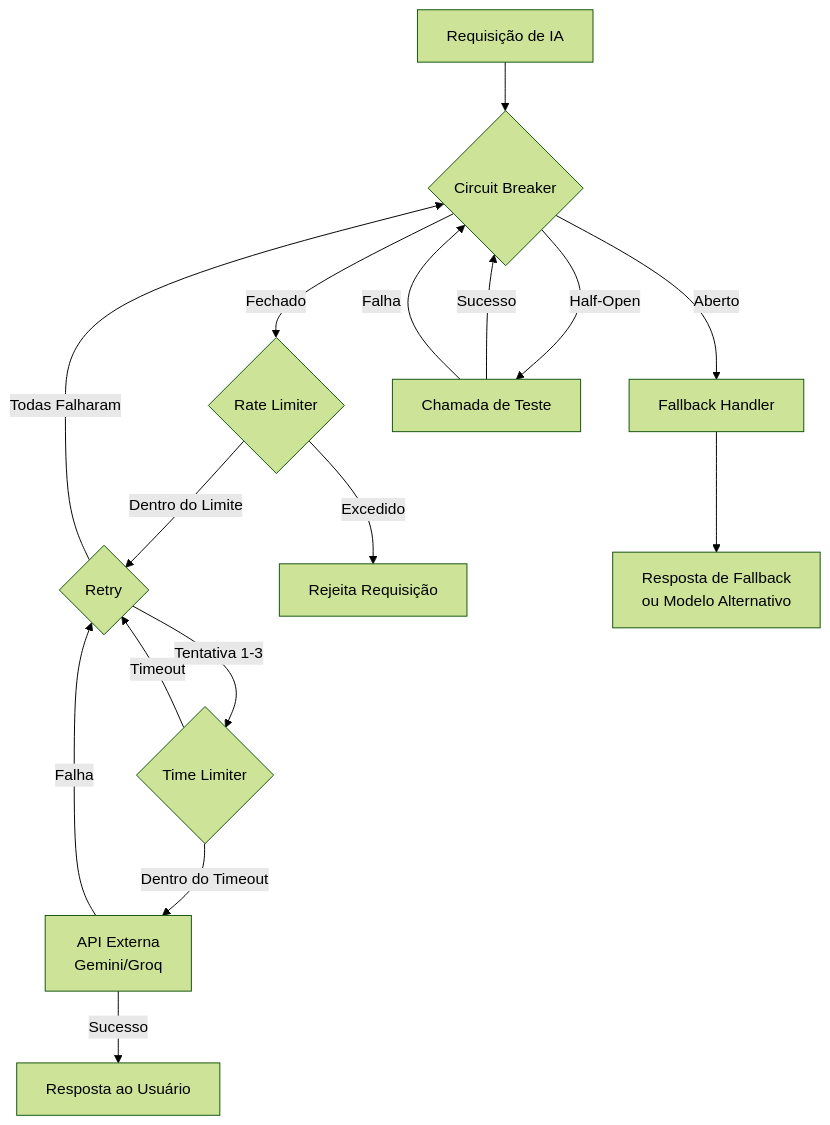
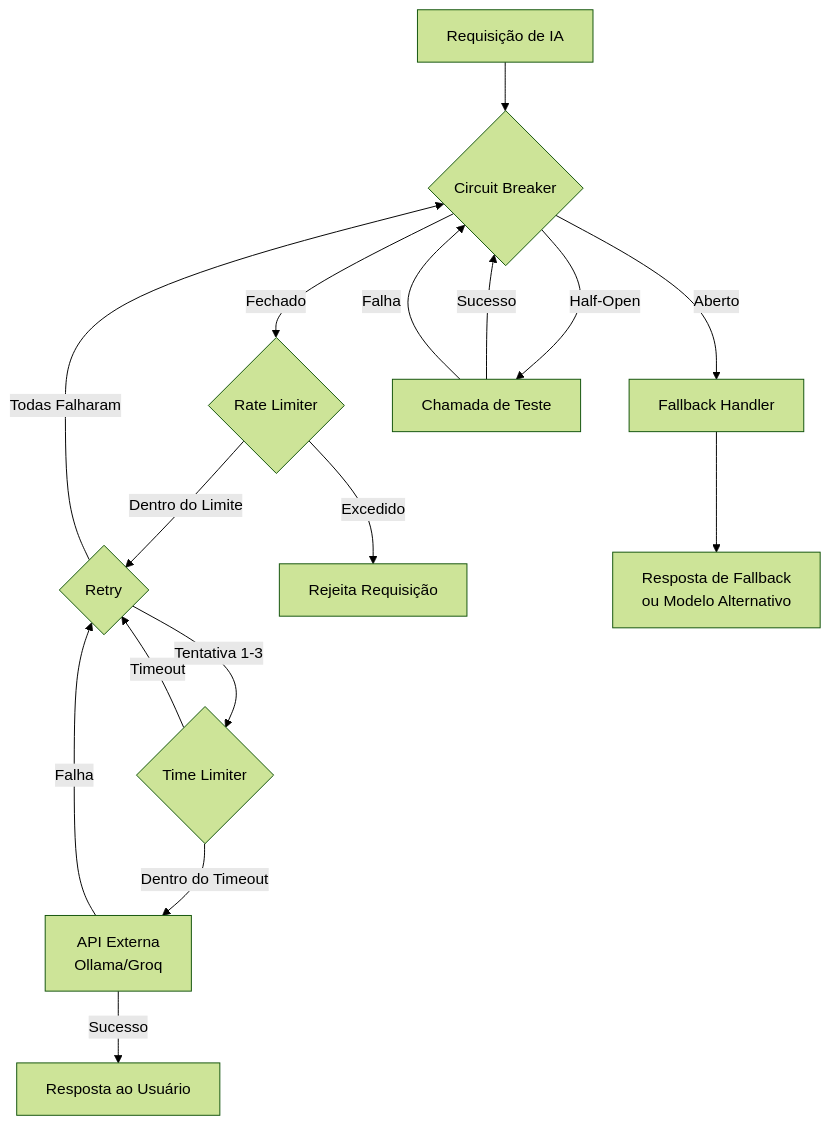
The third of 7 diagrams in docs/AI_ARCHITECTURE.md (matheus05dev/mindforge-api), drawn with Mermaid (forest theme) before and after one commit. The commit also changed other lines of this file and 6 other files, not shown here.

Commit message:
feat: Introduce core AI orchestration and memory services with Groq integration, alongside comprehensive API and architecture documentation.

````diff
--- a/docs/AI_ARCHITECTURE.md
+++ b/docs/AI_ARCHITECTURE.md
@@ -266,25 +271,25 @@
 ```mermaid
 flowchart TD
     Request[Requisição de IA] --> CircuitBreaker{Circuit Breaker}
     
     CircuitBreaker -->|Fechado| RateLimiter{Rate Limiter}
     CircuitBreaker -->|Aberto| Fallback[Fallback Handler]
     CircuitBreaker -->|Half-Open| TestCall[Chamada de Teste]
     
     RateLimiter -->|Dentro do Limite| Retry{Retry}
     RateLimiter -->|Excedido| Reject[Rejeita Requisição]
     
     Retry -->|Tentativa 1-3| TimeLimiter{Time Limiter}
     Retry -->|Todas Falharam| CircuitBreaker
     
-    TimeLimiter -->|Dentro do Timeout| API[API Externa<br/>Gemini/Groq]
+    TimeLimiter -->|Dentro do Timeout| API[API Externa<br/>Ollama/Groq]
     TimeLimiter -->|Timeout| Retry
     
     API -->|Sucesso| Success[Resposta ao Usuário]
     API -->|Falha| Retry
     
     TestCall -->|Sucesso| CircuitBreaker
     TestCall -->|Falha| CircuitBreaker
     
     Fallback --> FallbackResponse[Resposta de Fallback<br/>ou Modelo Alternativo]
 ```
````
